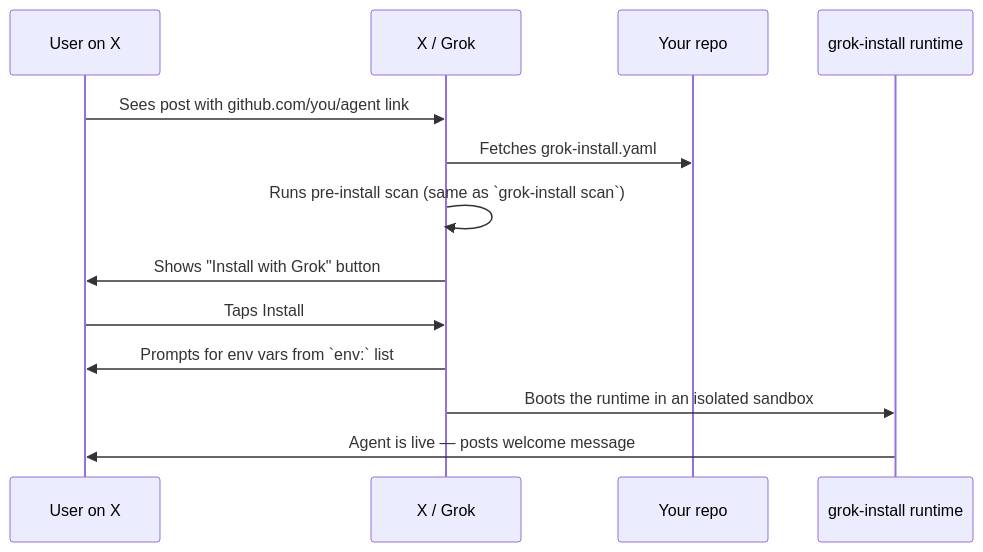
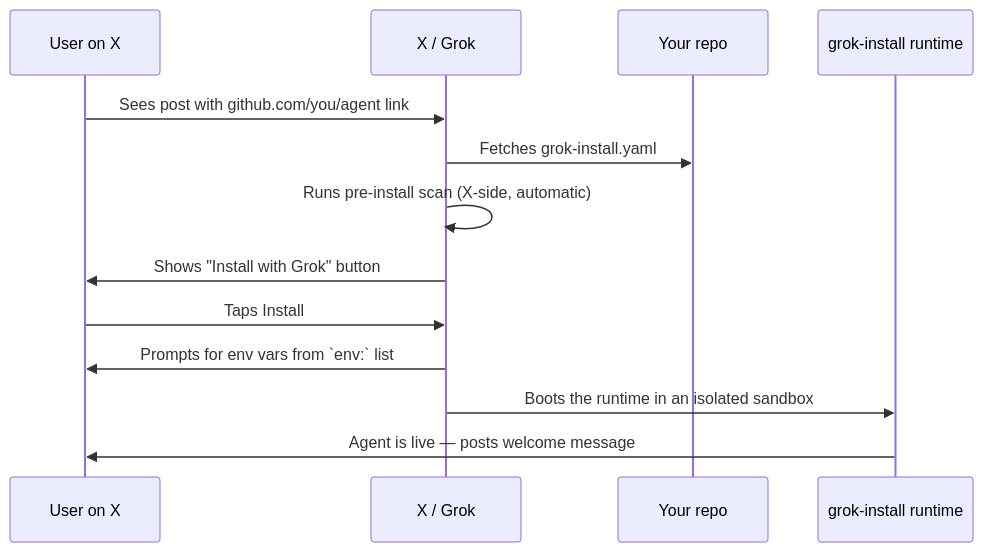
Before and after one commit to AgentMindCloud/grok-install: the diagram in docs/docs/guides/x-integration.md, drawn with Mermaid. The commit also changed other lines of this file and 14 other files, not shown here.

First line of the commit message:
docs: align with reality — scan is X-side only, profile analyzer no longer promises post-fetching

````diff
--- a/docs/docs/guides/x-integration.md
+++ b/docs/docs/guides/x-integration.md
@@ -14,15 +14,15 @@
 ```mermaid
 sequenceDiagram
     participant U as User on X
     participant X as X / Grok
     participant R as Your repo
     participant G as grok-install runtime
     U->>X: Sees post with github.com/you/agent link
     X->>R: Fetches grok-install.yaml
-    X->>X: Runs pre-install scan (same as `grok-install scan`)
+    X->>X: Runs pre-install scan (X-side, automatic)
     X->>U: Shows "Install with Grok" button
     U->>X: Taps Install
     X->>U: Prompts for env vars from `env:` list
     X->>G: Boots the runtime in an isolated sandbox
     G->>U: Agent is live — posts welcome message
 ```
````
